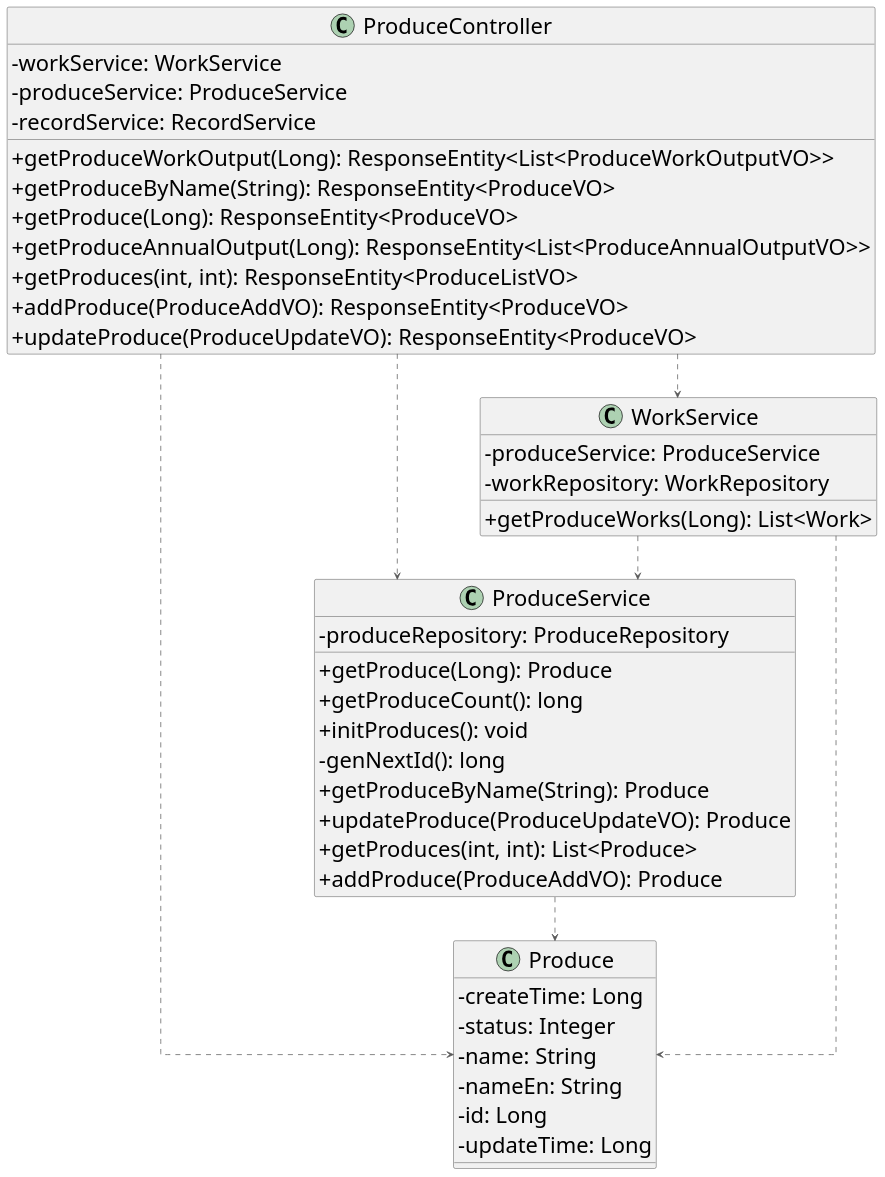
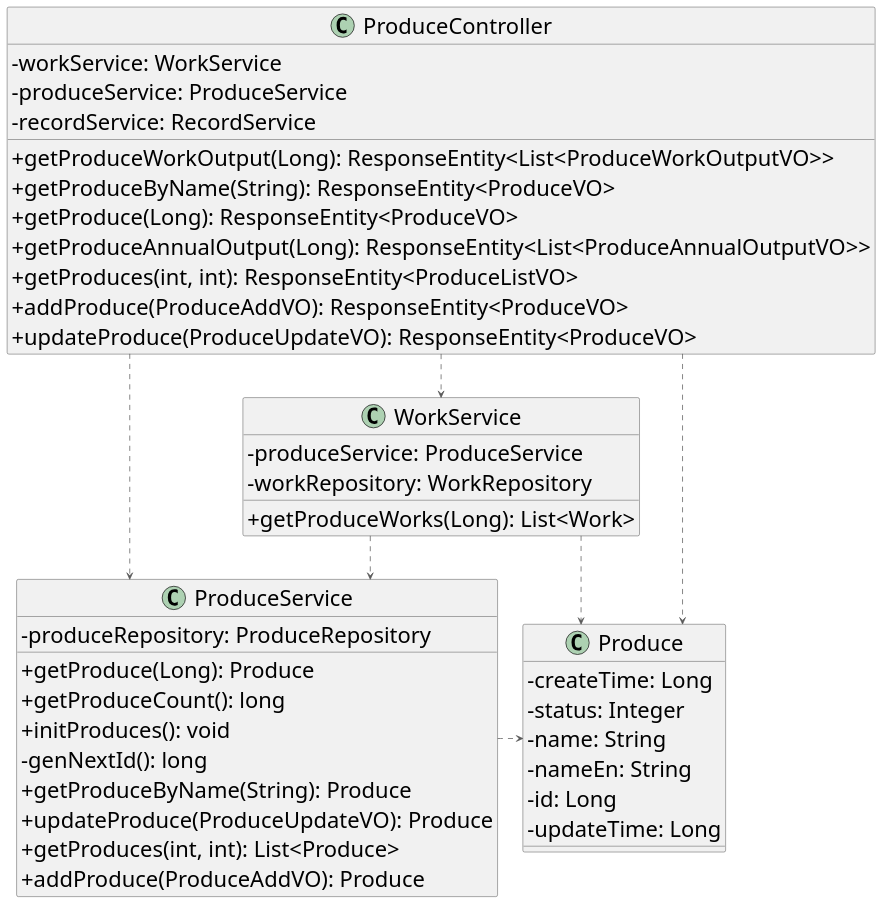
The diagram in design/果实管理功能类图.plantuml (akynazh/aws), drawn with PlantUML before and after one commit. The commit also changed 7 other files, not shown here.

```diff
--- a/design/果实管理功能类图.plantuml
+++ b/design/果实管理功能类图.plantuml
@@ -1,52 +1,52 @@
 @startuml
 
 top to bottom direction
 ' left to right direction
 skinparam linetype ortho
 skinparam classAttributeIconSize 0
 skinparam defaultFontSize 30
 
 class Produce {
   - createTime: Long
   - status: Integer
   - name: String
   - nameEn: String
   - id: Long
   - updateTime: Long
 }
 class ProduceController {
   - workService: WorkService
   - produceService: ProduceService
   - recordService: RecordService
   + getProduceWorkOutput(Long): ResponseEntity<List<ProduceWorkOutputVO>>
   + getProduceByName(String): ResponseEntity<ProduceVO>
   + getProduce(Long): ResponseEntity<ProduceVO>
   + getProduceAnnualOutput(Long): ResponseEntity<List<ProduceAnnualOutputVO>>
   + getProduces(int, int): ResponseEntity<ProduceListVO>
   + addProduce(ProduceAddVO): ResponseEntity<ProduceVO>
   + updateProduce(ProduceUpdateVO): ResponseEntity<ProduceVO>
 }
 class ProduceService {
   - produceRepository: ProduceRepository
   + getProduce(Long): Produce
   + getProduceCount(): long
   + initProduces(): void
   - genNextId(): long
   + getProduceByName(String): Produce
   + updateProduce(ProduceUpdateVO): Produce
   + getProduces(int, int): List<Produce>
   + addProduce(ProduceAddVO): Produce
 }
 class WorkService {
   - produceService: ProduceService
   - workRepository: WorkRepository
   + getProduceWorks(Long): List<Work>
 }
 
 ProduceController  -[#595959,dashed]->  Produce           
 ProduceController  -[#595959,dashed]->  ProduceService    
 ProduceController  -[#595959,dashed]->  WorkService       
-ProduceService     -[#595959,dashed]->  Produce           
-WorkService        -[#595959,dashed]->  Produce           
+ProduceService     -[#595959,dashed]>  Produce           
+WorkService        -[#595959,dashed]>  Produce           
 WorkService        -[#595959,dashed]->  ProduceService    
 @enduml
```
